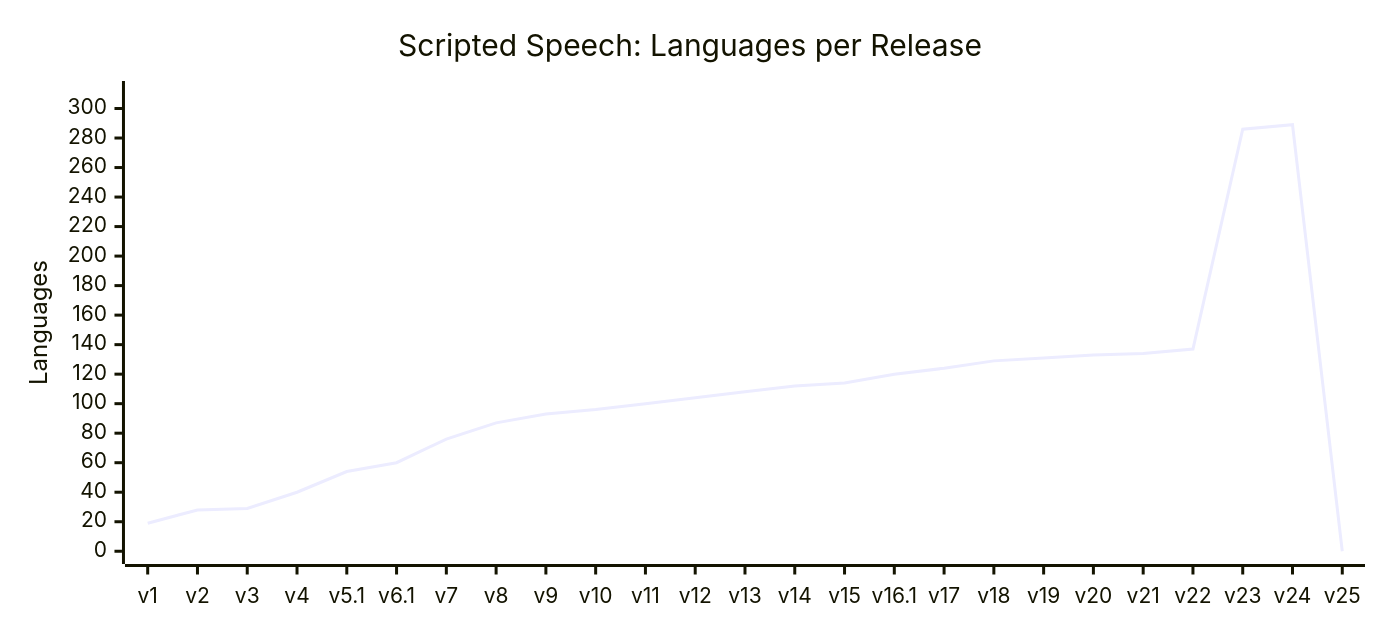
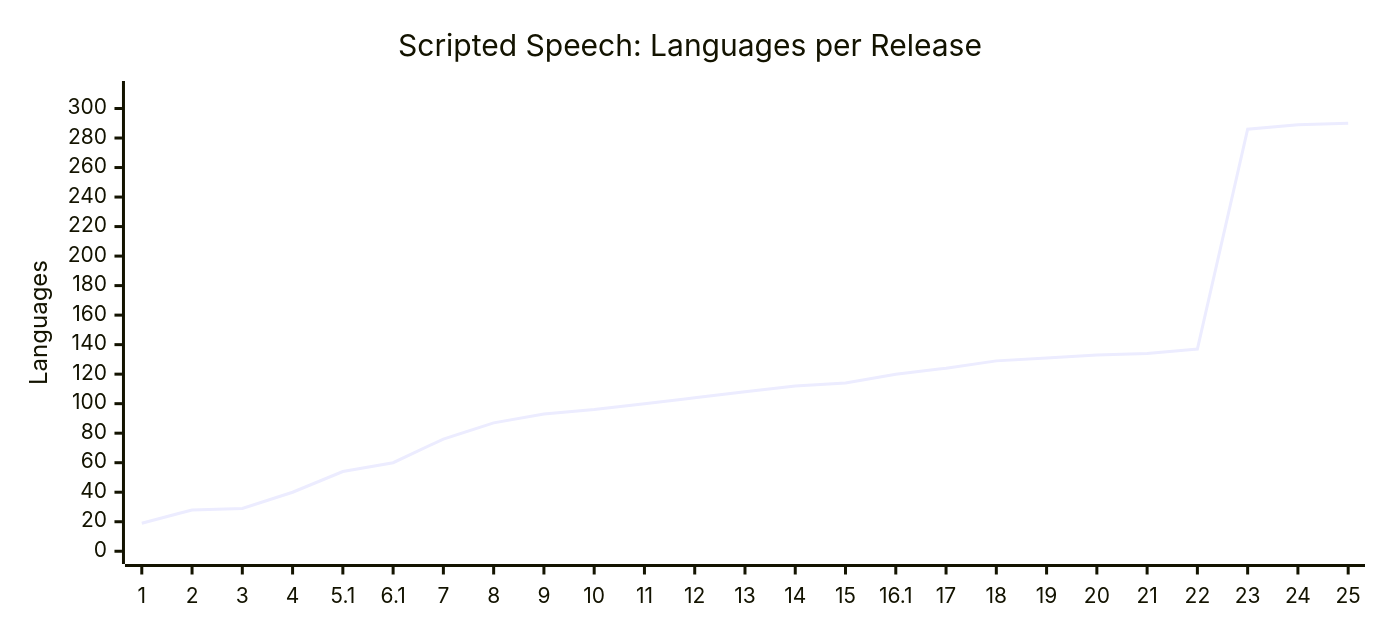
Before and after one commit to common-voice/cv-dataset: the third of 3 diagrams in datasets/scripted-speech/README.md, drawn with Mermaid. The commit also changed other lines of this file, not shown here.

````diff
--- a/datasets/scripted-speech/README.md
+++ b/datasets/scripted-speech/README.md
@@ -48,13 +48,13 @@
 ```mermaid
 ---
 config:
     xyChart:
         width: 900
         height: 400
 ---
 xychart-beta
     title "Scripted Speech: Languages per Release"
-    x-axis ["v1","v2","v3","v4","v5.1","v6.1","v7","v8","v9","v10","v11","v12","v13","v14","v15","v16.1","v17","v18","v19","v20","v21","v22","v23","v24","v25"]
+    x-axis ["1","2","3","4","5.1","6.1","7","8","9","10","11","12","13","14","15","16.1","17","18","19","20","21","22","23","24","25"]
     y-axis "Languages" 0 --> 310
-    line [19,28,29,40,54,60,76,87,93,96,100,104,108,112,114,120,124,129,131,133,134,137,286,289,0]
+    line [19,28,29,40,54,60,76,87,93,96,100,104,108,112,114,120,124,129,131,133,134,137,286,289,290]
 ```
````
